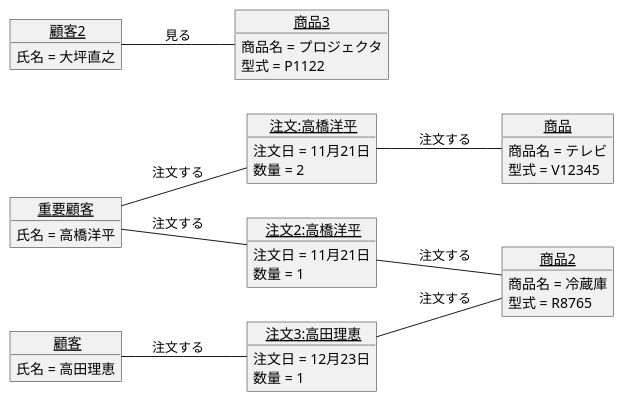
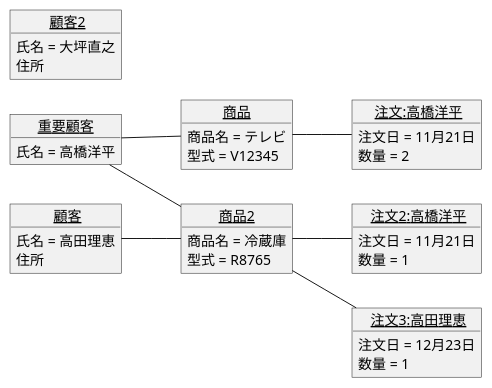
The diagram in 演習3-7_OBJ_注文のオブジェクト図.pu (mikamiyyy/uml-intro), drawn with PlantUML before and after one commit.

Commit message:
修正

```diff
--- a/演習3-7_OBJ_注文のオブジェクト図.pu
+++ b/演習3-7_OBJ_注文のオブジェクト図.pu
@@ -1,52 +1,41 @@
 @startuml 家電
 left to right direction
 object "<u>重要顧客</u>" as imuser {
 氏名 = 高橋洋平
 }
-
-object "<u> 顧客</u>" as user {
-氏名 = 高田理恵
+object "<u> 注文:高橋洋平</u>" as order {
+注文日 = 11月21日
+数量 = 2
 }
-
-object "<u> 顧客2</u>" as user2 {
-氏名 = 大坪直之
+object "<u> 注文2:高橋洋平</u>" as order2 {
+注文日 = 11月21日
+数量 = 1
 }
-
+object "<u> 注文3:高田理恵</u>" as order3 {
+注文日 = 12月23日
+数量 = 1
+}
 object "<u>商品</u>" as mer {
 商品名 = テレビ
 型式 = V12345
 }
-
 object "<u>商品2</u>" as mer2 {
 商品名 = 冷蔵庫
 型式 = R8765
 }
-
-object "<u>商品3</u>" as mer3 {
-商品名 = プロジェクタ
-型式 = P1122
+object "<u> 顧客</u>" as user {
+氏名 = 高田理恵
+住所
+}
+object "<u> 顧客2</u>" as user2 {
+氏名 = 大坪直之
+住所
 }
 
-object "<u> 注文:高橋洋平</u>" as order {
-注文日 = 11月21日
-数量 = 2
-}
-
-object "<u> 注文2:高橋洋平</u>" as order2 {
-注文日 = 11月21日
-数量 = 1
-}
-
-object "<u> 注文3:高田理恵</u>" as order3 {
-注文日 = 12月23日
-数量 = 1
-}
-
-imuser -- order : 注文する
-order -- mer : 注文する
-imuser -- order2 : 注文する
-order2 -- mer2 : 注文する
-user -- order3 : 注文する
-order3 -- mer2 : 注文する
-user2 -- mer3 : 見る
+imuser -- mer
+imuser -- mer2
+mer -- order
+mer2 -- order2
+user -- mer2
+mer2 -- order3 
 @enduml
```
